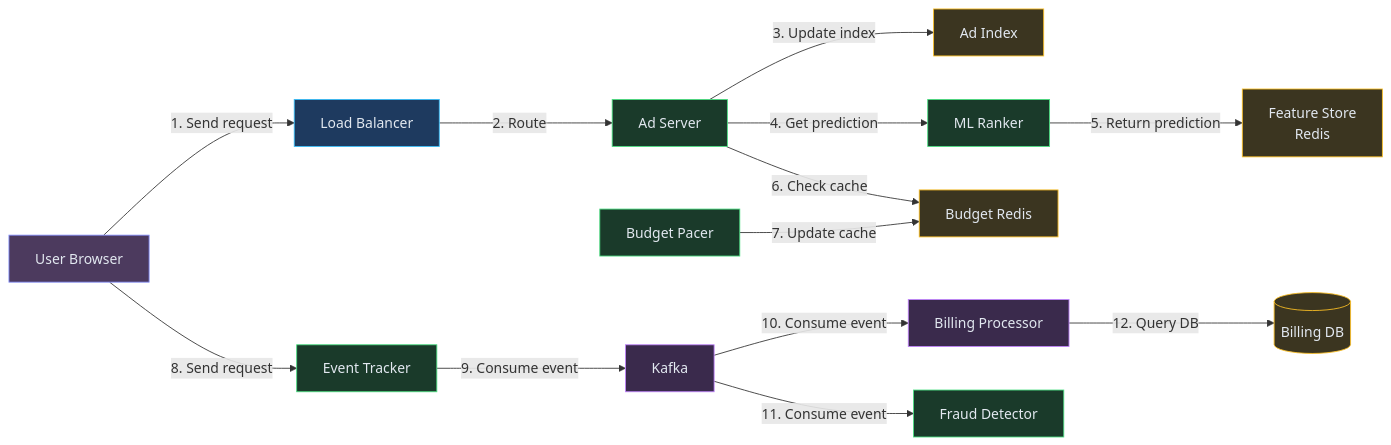
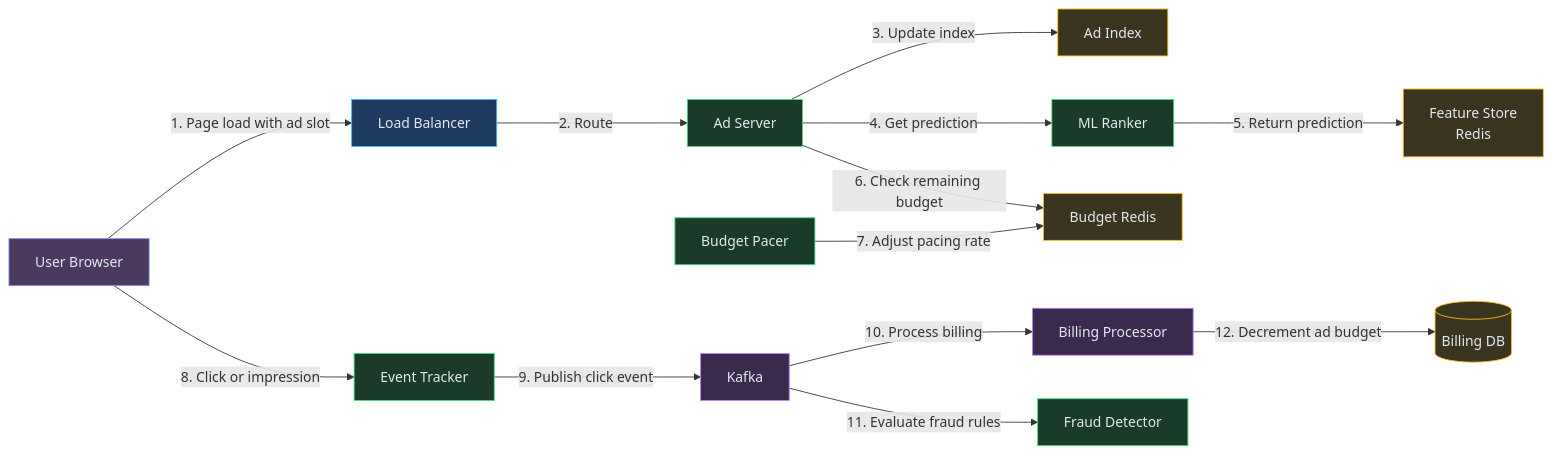
The sixth of 6 diagrams in content/hld/AdSystem.md (iluzn/HLD-Designs), drawn with Mermaid before and after one commit. The commit also changed other lines of this file and 27 other files, not shown here.

````diff
--- a/content/hld/AdSystem.md
+++ b/content/hld/AdSystem.md
@@ -357,35 +357,35 @@
 ```mermaid
 flowchart LR
     USER["User Browser"]:::client
     LB["Load Balancer"]:::edge
     ADSERV["Ad Server"]:::service
     INDEX["Ad Index"]:::data
     ML["ML Ranker"]:::service
     FEATURES["Feature Store<br/>Redis"]:::data
     BUDGET["Budget Redis"]:::data
     PACER["Budget Pacer"]:::service
     TRACKER["Event Tracker"]:::service
     KAFKA["Kafka"]:::async
     BILLING["Billing Processor"]:::async
     FRAUD["Fraud Detector"]:::service
     BILLDB[("Billing DB")]:::data
 
-    USER -->|"1. Send request"| LB
+    USER -->|"1. Page load with ad slot"| LB
     LB -->|"2. Route"| ADSERV
     ADSERV -->|"3. Update index"| INDEX
     ADSERV -->|"4. Get prediction"| ML
     ML -->|"5. Return prediction"| FEATURES
-    ADSERV -->|"6. Check cache"| BUDGET
-    PACER -->|"7. Update cache"| BUDGET
-    USER -->|"8. Send request"| TRACKER
-    TRACKER -->|"9. Consume event"| KAFKA
-    KAFKA -->|"10. Consume event"| BILLING
-    KAFKA -->|"11. Consume event"| FRAUD
-    BILLING -->|"12. Query DB"| BILLDB
+    ADSERV -->|"6. Check remaining budget"| BUDGET
+    PACER -->|"7. Adjust pacing rate"| BUDGET
+    USER -->|"8. Click or impression"| TRACKER
+    TRACKER -->|"9. Publish click event"| KAFKA
+    KAFKA -->|"10. Process billing"| BILLING
+    KAFKA -->|"11. Evaluate fraud rules"| FRAUD
+    BILLING -->|"12. Decrement ad budget"| BILLDB
 
     classDef client fill:#4c3a5e,stroke:#818cf8,color:#e2e8f0
     classDef edge fill:#1e3a5f,stroke:#38bdf8,color:#e2e8f0
     classDef service fill:#1a3a2a,stroke:#4ade80,color:#e2e8f0
     classDef data fill:#3b3520,stroke:#fbbf24,color:#e2e8f0
     classDef async fill:#3a2a4c,stroke:#c084fc,color:#e2e8f0
 ```
````
